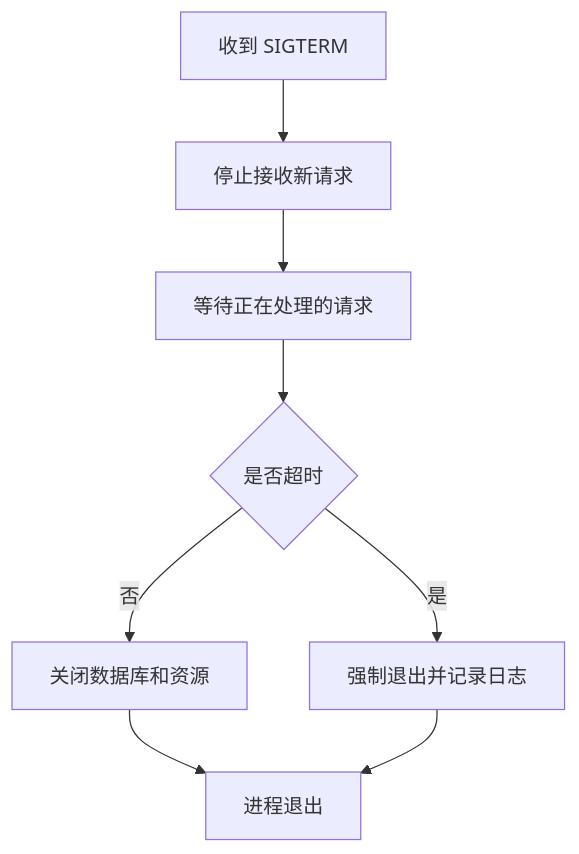
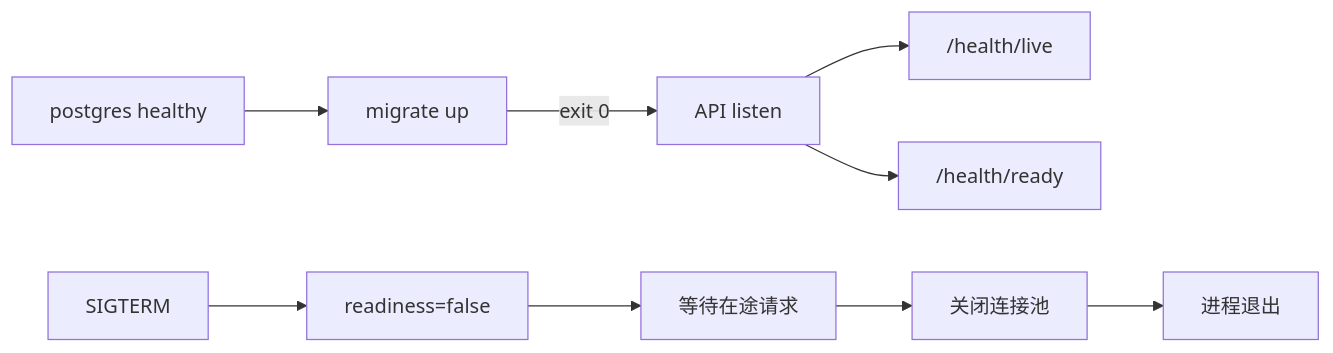
The seventh of 7 diagrams in docs/go/http-api-project-from-zero.md (yokry-he/yok-study-web), drawn with Mermaid before and after one commit. The commit also changed other lines of this file and 277 other files, not shown here.

````diff
--- a/docs/go/http-api-project-from-zero.md
+++ b/docs/go/http-api-project-from-zero.md
@@ -659,10 +405,11 @@
 ```mermaid
-flowchart TD
-  A["收到 SIGTERM"] --> B["停止接收新请求"]
-  B --> C["等待正在处理的请求"]
-  C --> D{"是否超时"}
-  D -- "否" --> E["关闭数据库和资源"]
-  D -- "是" --> F["强制退出并记录日志"]
-  E --> G["进程退出"]
-  F --> G
+flowchart LR
+  A["postgres healthy"] --> B["migrate up"]
+  B -->|"exit 0"| C["API listen"]
+  C --> D["/health/live"]
+  C --> E["/health/ready"]
+  F["SIGTERM"] --> G["readiness=false"]
+  G --> H["等待在途请求"]
+  H --> I["关闭连接池"]
+  I --> J["进程退出"]
 ```
````
